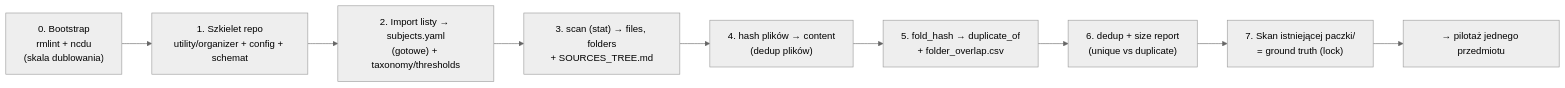
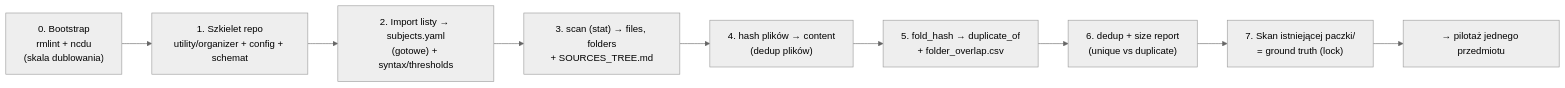
Before and after one commit to PGPaczka/paczka-tools: the sixth of 7 diagrams in organizer/docs/ARCHITEKTURA_FINALv1.md, drawn with Mermaid (neutral theme). The commit also changed other lines of this file and 4 other files, not shown here.

First line of the commit message:
report(organizer): A0 bootstrap rmlint/du (17,94 GB dubli z 40 GB), A8 taxonomy.yaml zbędny

````diff
--- a/organizer/docs/ARCHITEKTURA_FINALv1.md
+++ b/organizer/docs/ARCHITEKTURA_FINALv1.md
@@ -325,11 +325,11 @@
 ```mermaid
 flowchart LR
     S0["0. Bootstrap<br/>rmlint + ncdu<br/>(skala dublowania)"] --> S1["1. Szkielet repo<br/>utility/organizer + config + schemat"]
-    S1 --> S2["2. Import listy → subjects.yaml<br/>(gotowe) + taxonomy/thresholds"]
+    S1 --> S2["2. Import listy → subjects.yaml<br/>(gotowe) + syntax/thresholds"]
     S2 --> S3["3. scan (stat) → files, folders<br/>+ SOURCES_TREE.md"]
     S3 --> S4["4. hash plików → content<br/>(dedup plików)"]
     S4 --> S5["5. fold_hash → duplicate_of<br/>+ folder_overlap.csv"]
     S5 --> S6["6. dedup + size report<br/>(unique vs duplicate)"]
     S6 --> S7["7. Skan istniejącej paczki/<br/>= ground truth (lock)"]
     S7 --> PILOT["→ pilotaż jednego przedmiotu"]
 ```
````
